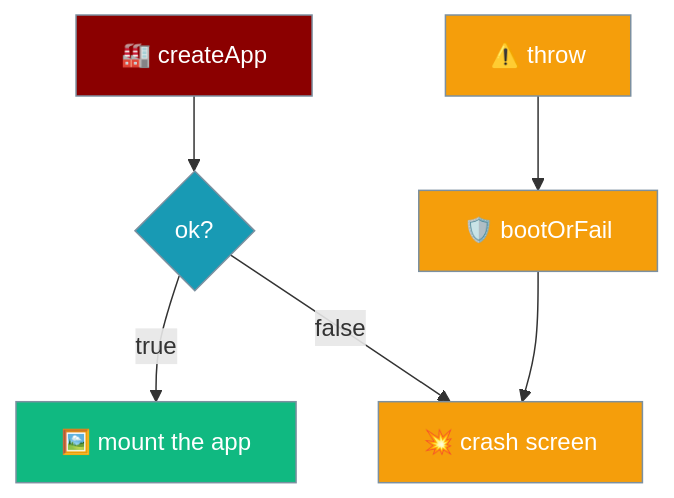
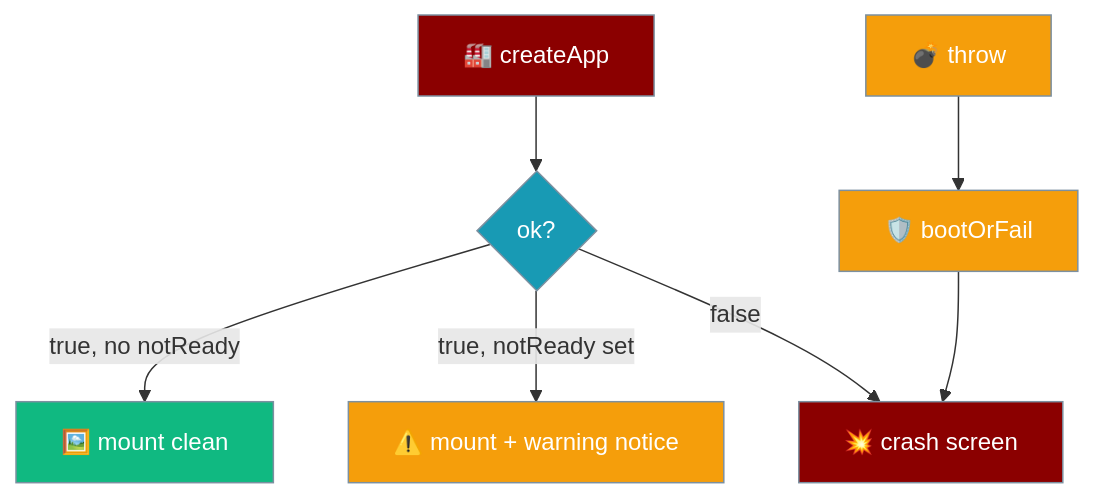
One commit to MervinPraison/PraisonAIDocs changed the first of 4 diagrams in docs/features/mobile/boot-failures.mdx. Above: the diagram before and after it, drawn with Mermaid. The commit also changed other lines of this file and 3 other files, not shown here.

First line of the commit message:
docs: update mobile boot flow for BootResult.notReady (fixes #3681)

````diff
--- a/docs/features/mobile/boot-failures.mdx
+++ b/docs/features/mobile/boot-failures.mdx
@@ -35,19 +44,22 @@
 ```mermaid
 graph TB
     Create[🏭 createApp] --> Ok{ok?}
-    Ok -->|true| Mount[🖼️ mount the app]
+    Ok -->|"true, no notReady"| Mount[🖼️ mount clean]
+    Ok -->|"true, notReady set"| Warn[⚠️ mount + warning notice]
     Ok -->|false| Fatal[💥 crash screen]
-    Throw[⚠️ throw] --> BootOrFail[🛡️ bootOrFail]
+    Throw[💣 throw] --> BootOrFail[🛡️ bootOrFail]
     BootOrFail --> Fatal
 
     classDef create fill:#8B0000,stroke:#7C90A0,color:#fff
     classDef branch fill:#189AB4,stroke:#7C90A0,color:#fff
     classDef ok fill:#10B981,stroke:#7C90A0,color:#fff
-    classDef fail fill:#F59E0B,stroke:#7C90A0,color:#fff
+    classDef warn fill:#F59E0B,stroke:#7C90A0,color:#fff
+    classDef fail fill:#8B0000,stroke:#7C90A0,color:#fff
 
     class Create create
     class Ok branch
     class Mount ok
-    class Throw,BootOrFail fail
+    class Warn warn
+    class Throw,BootOrFail warn
     class Fatal fail
 ```
````
